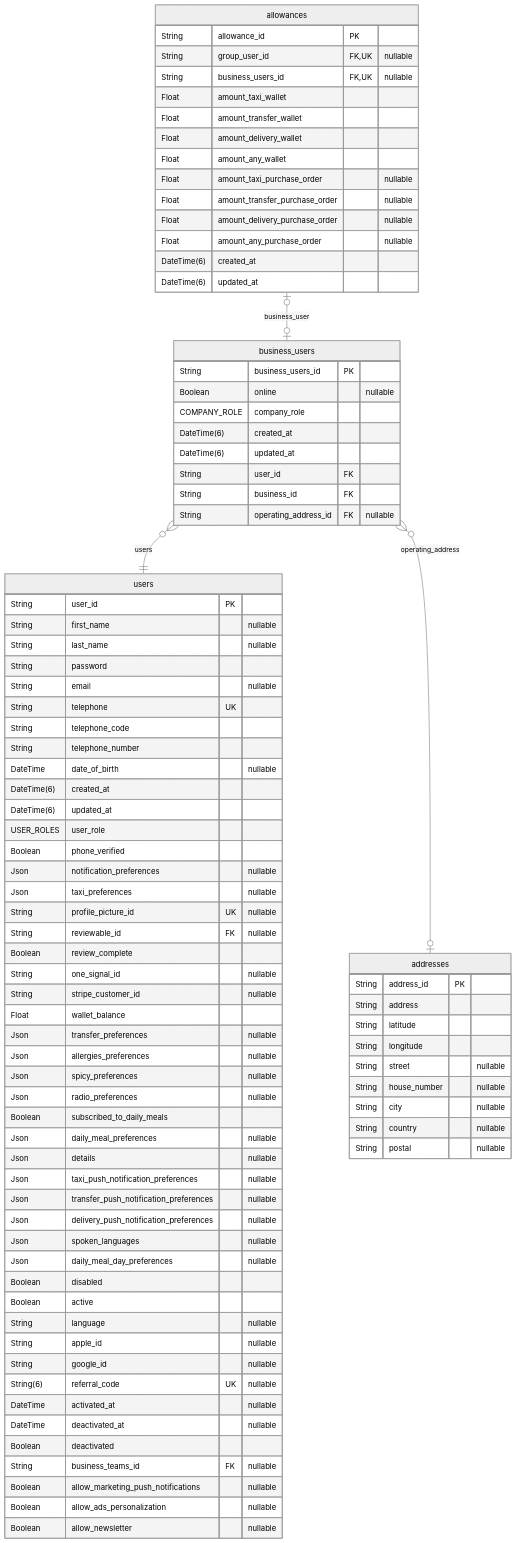
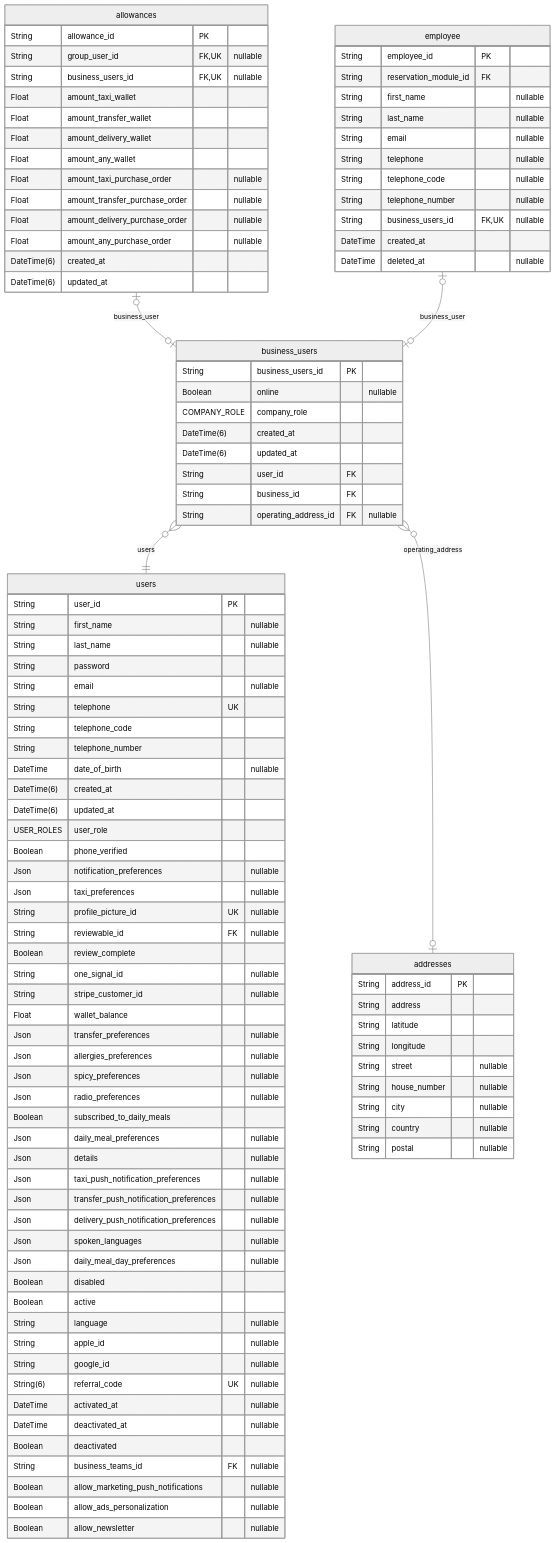
Diagram 30 of 38 in prisma/schemas/ERD.md (pbozic/be-analyisis), drawn with Mermaid (neutral theme) before and after one commit. The commit also changed other lines of this file and 3 other files, not shown here.

````diff
--- a/prisma/schemas/ERD.md
+++ b/prisma/schemas/ERD.md
@@ -7103,6 +7198,19 @@
   String city "nullable"
   String country "nullable"
   String postal "nullable"
+}
+"employee" {
+  String employee_id PK
+  String reservation_module_id FK
+  String first_name "nullable"
+  String last_name "nullable"
+  String email "nullable"
+  String telephone "nullable"
+  String telephone_code "nullable"
+  String telephone_number "nullable"
+  String business_users_id FK,UK "nullable"
+  DateTime created_at
+  DateTime deleted_at "nullable"
 }
 "users" {
   String user_id PK
@@ -7155,4 +7263,5 @@
 "business_users" }o--|| "users" : users
 "business_users" }o--o| "addresses" : operating_address
 "allowances" |o--o| "business_users" : business_user
+"employee" |o--o| "business_users" : business_user
 ```
````
